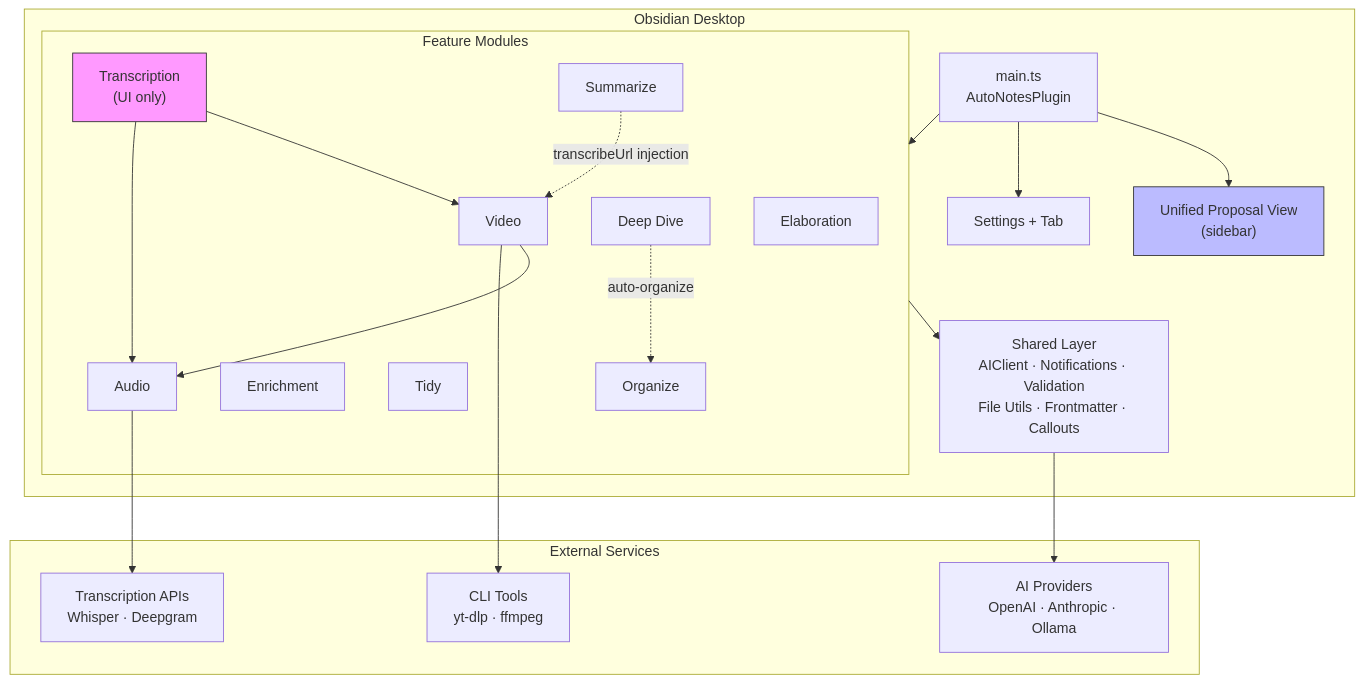
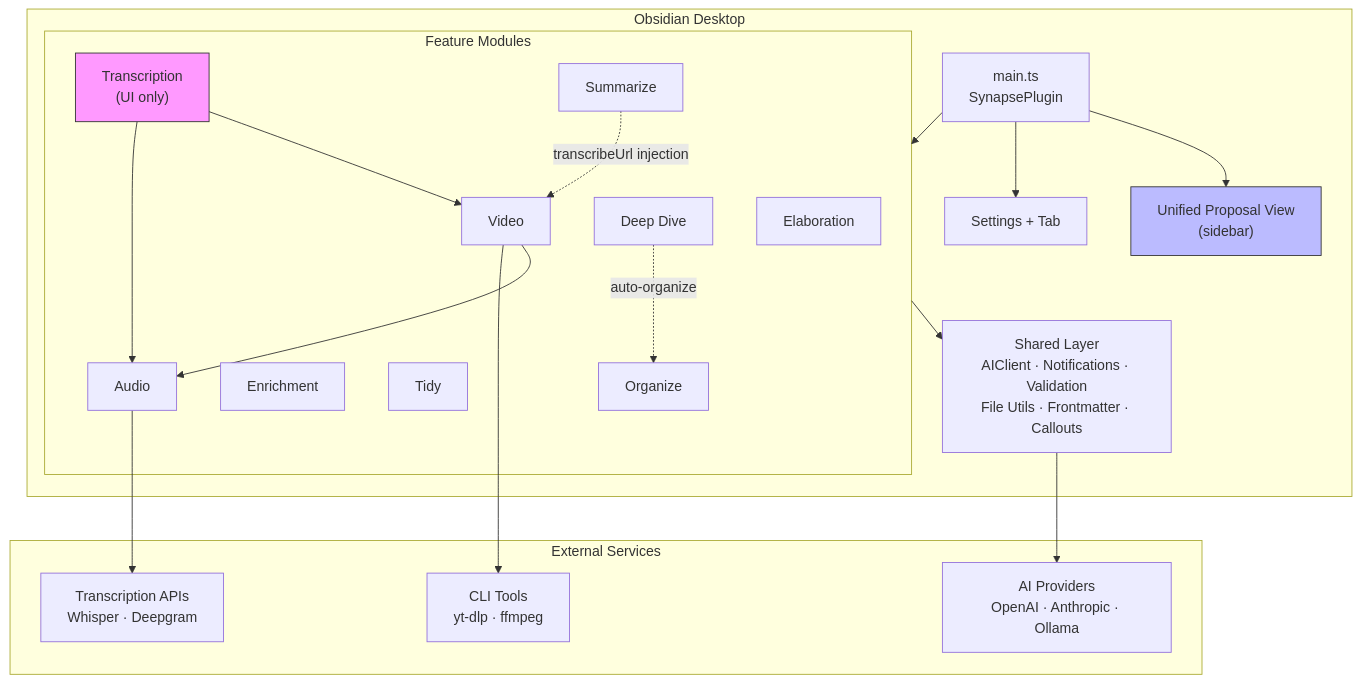
One commit to dustinkeeton/obsidian-synapse changed the first of 8 diagrams in ARCHITECTURE.md. Above: the diagram before and after it, drawn with Mermaid. The commit also changed other lines of this file and 105 other files, not shown here.

First line of the commit message:
feat: rebrand Auto Notes to Synapse across all source code and config

````diff
--- a/ARCHITECTURE.md
+++ b/ARCHITECTURE.md
@@ -9,44 +9,44 @@
 ```mermaid
 graph TB
     subgraph Obsidian["Obsidian Desktop"]
-        Main["main.ts<br/>AutoNotesPlugin"]
+        Main["main.ts<br/>SynapsePlugin"]
         Settings["Settings + Tab"]
         Sidebar["Unified Proposal View<br/>(sidebar)"]
 
         subgraph Features["Feature Modules"]
             Elab["Elaboration"]
             Audio["Audio"]
             Video["Video"]
             Trans["Transcription<br/>(UI only)"]
             Enrich["Enrichment"]
             Summ["Summarize"]
             Tidy["Tidy"]
             Org["Organize"]
             DD["Deep Dive"]
         end
 
         Shared["Shared Layer<br/>AIClient · Notifications · Validation<br/>File Utils · Frontmatter · Callouts"]
     end
 
     subgraph External["External Services"]
         AI["AI Providers<br/>OpenAI · Anthropic · Ollama"]
         TransAPI["Transcription APIs<br/>Whisper · Deepgram"]
         Tools["CLI Tools<br/>yt-dlp · ffmpeg"]
     end
 
     Main --> Settings
     Main --> Sidebar
     Main --> Features
     Features --> Shared
     Shared --> AI
     Audio --> TransAPI
     Video --> Tools
     Video --> Audio
     Trans --> Audio
     Trans --> Video
     Summ -.->|transcribeUrl injection| Video
     DD -.->|auto-organize| Org
 
     style Trans fill:#f9f,stroke:#333
     style Sidebar fill:#bbf,stroke:#333
 ```
````
